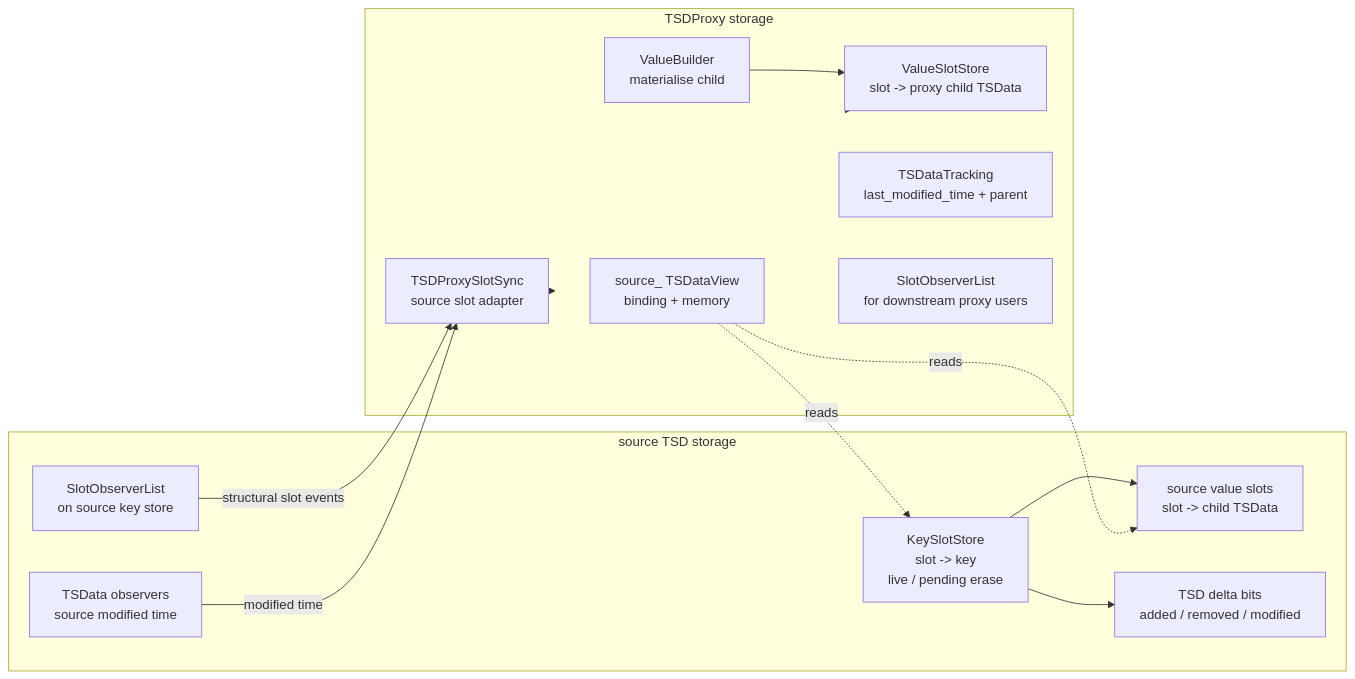
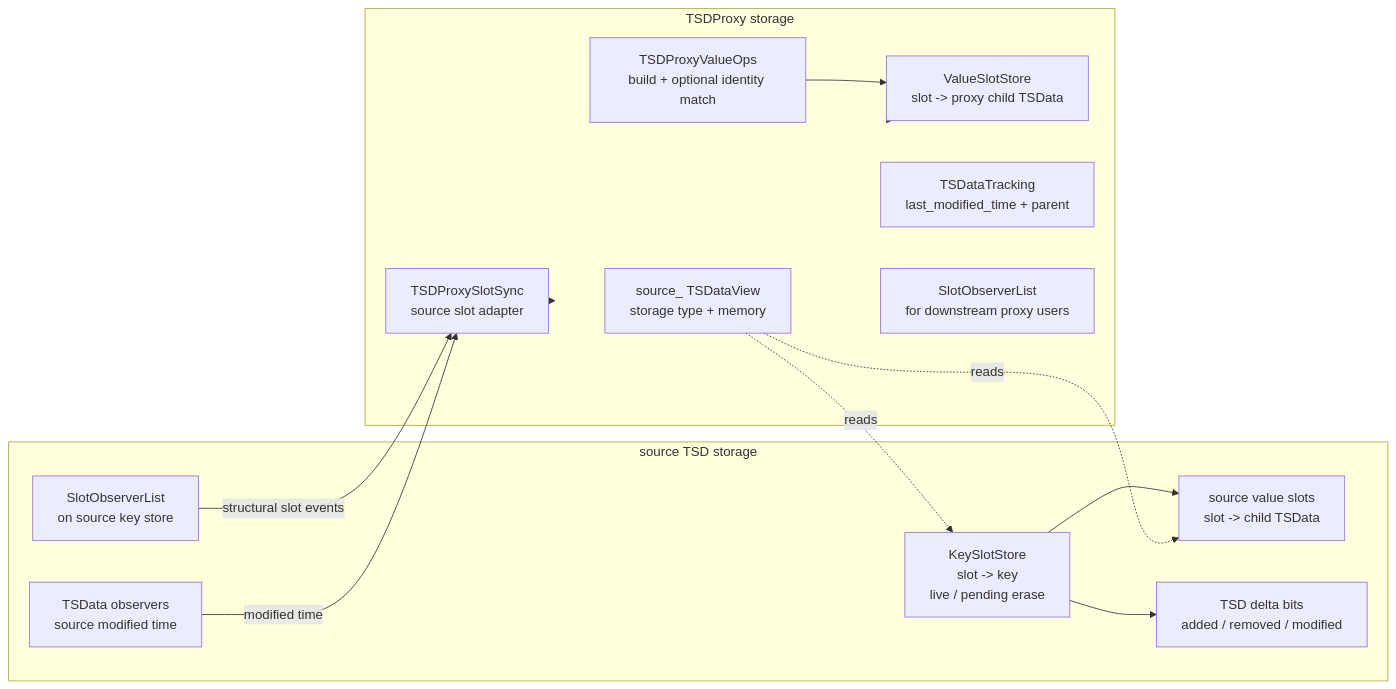
One commit to hhenson/hg_cpp changed the second of 5 diagrams in docs/source/developer_guide/data_structures/plans_and_ops/proxy_state_management.rst. Above: the diagram before and after it, drawn with Mermaid. The commit also changed other lines of this file and 30 other files, not shown here.

First line of the commit message:
Milestone 4C is now implemented and independently reviewed with an ACCEPT verdict. It covers TSS/TSD/REF type records, keyed slot   lifecycles, proxy invalidation/resurrection, reference identity reconciliation, cache ownership, and layout guarantees.

```diff
--- a/docs/source/developer_guide/data_structures/plans_and_ops/proxy_state_management.rst
+++ b/docs/source/developer_guide/data_structures/plans_and_ops/proxy_state_management.rst
@@ -358,31 +365,31 @@
 .. mermaid::
 
    flowchart LR
       subgraph Source["source TSD storage"]
          Keys["KeySlotStore<br/>slot -> key<br/>live / pending erase"]
          SourceValues["source value slots<br/>slot -> child TSData"]
          SourceDelta["TSD delta bits<br/>added / removed / modified"]
          SourceObservers["SlotObserverList<br/>on source key store"]
          SourceNotify["TSData observers<br/>source modified time"]
       end
 
       subgraph Proxy["TSDProxy storage"]
          Sync["TSDProxySlotSync<br/>source slot adapter"]
-         SourceHandle["source_ TSDataView<br/>binding + memory"]
+         SourceHandle["source_ TSDataView<br/>storage type + memory"]
          ProxyValues["ValueSlotStore<br/>slot -> proxy child TSData"]
          ProxyTracking["TSDataTracking<br/>last_modified_time + parent"]
          ProxyObservers["SlotObserverList<br/>for downstream proxy users"]
-         Builder["ValueBuilder<br/>materialise child"]
+         Builder["TSDProxyValueOps<br/>build + optional identity match"]
       end
 
       Keys --> SourceValues
       Keys --> SourceDelta
       SourceObservers -- structural slot events --> Sync
       SourceNotify -- modified time --> Sync
       Sync --> Proxy
       SourceHandle -. reads .-> Keys
       SourceHandle -. reads .-> SourceValues
       Proxy --> ProxyValues
       Proxy --> ProxyTracking
       Proxy --> ProxyObservers
       Builder --> ProxyValues
```
